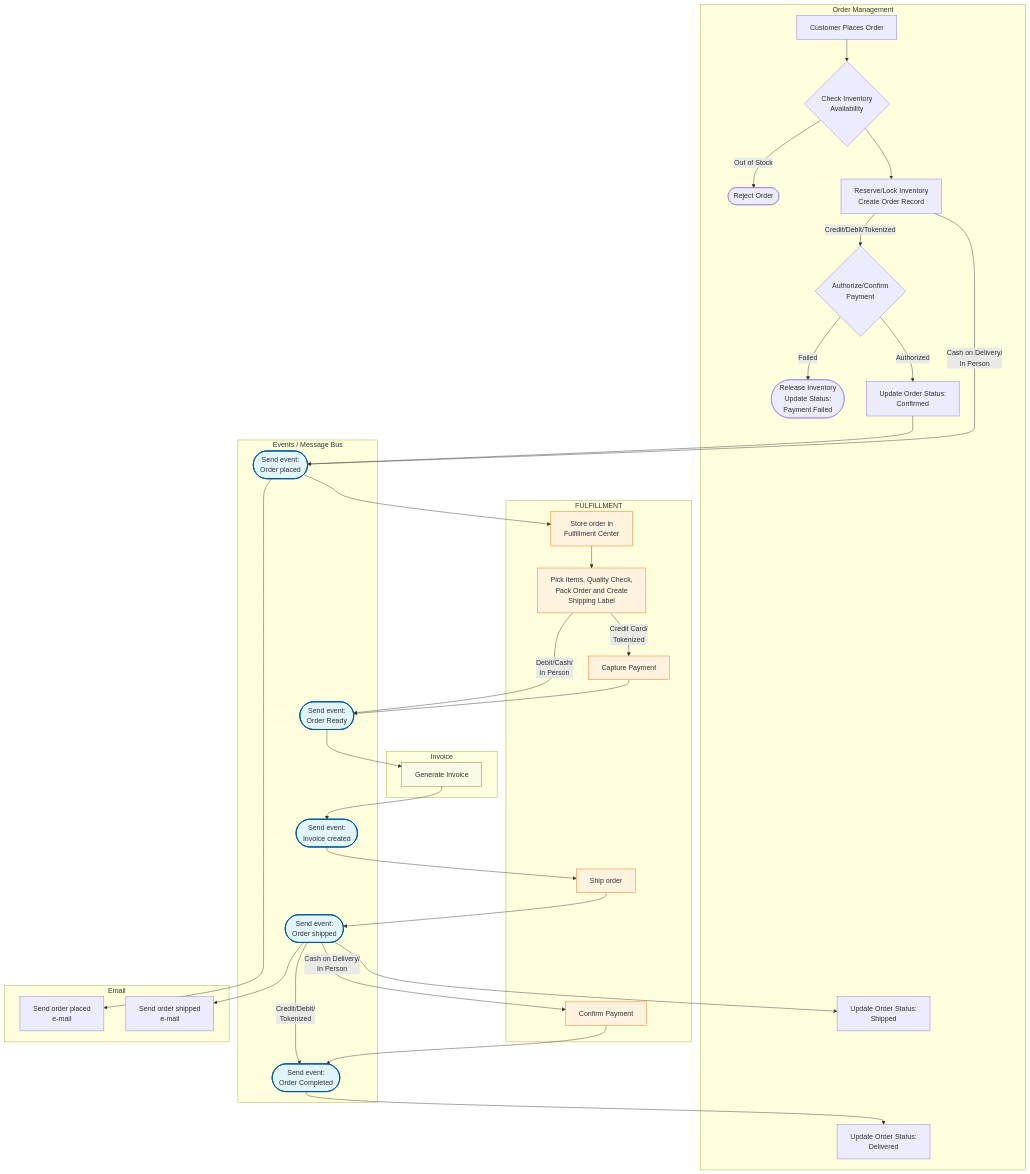
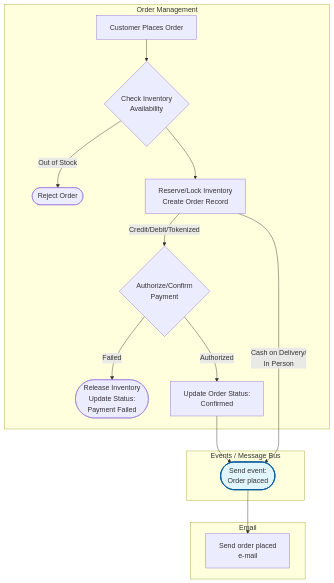
One commit to RobertoFreireDev/Order-Management changed the first of 3 diagrams in README.md. Above: the diagram before and after it, drawn with Mermaid. The commit also changed other lines of this file, not shown here.

Commit message:
Split diagram in 3

````diff
--- a/README.md
+++ b/README.md
@@ -3,79 +5,36 @@
 ```mermaid
 flowchart TD
     %% Subgraph Styling
     classDef event fill:#e1f5fe,stroke:#01579b,stroke-width:2px;
     classDef logic fill:#f5f5f5,stroke:#333,stroke-width:1px;
     classDef fulfill fill:#fff3e0,stroke:#ef6c00,stroke-width:1px;
     classDef note fill:#f9fbe7,stroke:#827717,stroke-width:1px;
 
     subgraph Order_Management [Order Management]
         A[Customer Places Order] --> B{Check Inventory<br/>Availability}
         B -->|Out of Stock| C([Reject Order])
         B --> D[Reserve/Lock Inventory <br/>Create Order Record]
         
         D --> |"Credit/Debit/Tokenized"| E{Authorize/Confirm<br/>Payment}
         E -->|Failed| F([Release Inventory<br/>Update Status: <br/>Payment Failed])
         E -->|Authorized| G[Update Order Status:<br/>Confirmed]
-        
-        N[Update Order Status:<br/>Shipped]
-        R[Update Order Status:<br/>Delivered]
     end
 
     subgraph Events [Events / Message Bus]
         H([Send event:<br/>Order placed])
-        M([Send event:<br/>Order Ready])
-        S([Send event:<br/>Invoice created])
-        P([Send event:<br/>Order shipped])
-        W([Send event:<br/>Order Completed])
-    end
-
-    subgraph Fulfillment [FULFILLMENT]
-        K[Store order in<br/>Fulfillment Center]
-        L[Pick Items, Quality Check,<br/>Pack Order and Create<br/>Shipping Label]
-        V[Capture Payment]
-        U[Ship order]
-        Q[Confirm Payment]
     end
 
     subgraph Email [Email]
         I[Send order placed<br/>e-mail]
-        O[Send order shipped<br/>e-mail]
-    end
-
-    subgraph Invoice [Invoice]
-        J[Generate Invoice]
     end
 
     %% Logic to Events
     G --> H
     D --> |"Cash on Delivery/<br/>In Person"| H
     
     %% Event Distribution
     H --> I
-    H --> K
-    
-    %% Fulfillment Flow
-    K --> L
-    L --> |"Credit Card/<br/>Tokenized"| V
-    L --> |"Debit/Cash/<br/>In Person"| M
-    V --> M
-    
-    %% Invoice & Shipping Flow
-    M --> J
-    J --> S
-    S --> U
-    U --> P
-    
-    %% Final Updates
-    P --> O
-    P --> N
-    P --> |"Cash on Delivery/<br/>In Person"| Q
-    P --> |"Credit/Debit/<br/>Tokenized"| W
-    Q --> W
-    W --> R
 
     %% Class Assignments
-    class H,M,S,P,W event;
-    class K,L,V,U,Q fulfill;
-    class J note;
+    class H event;
 ```
````
